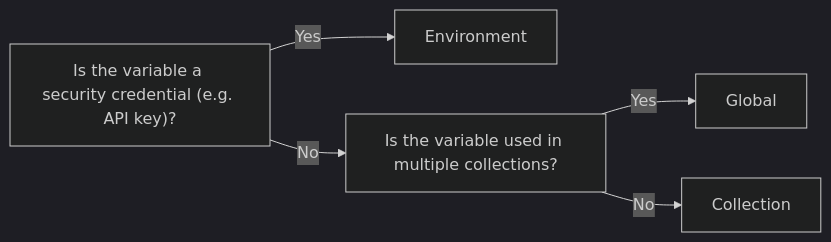
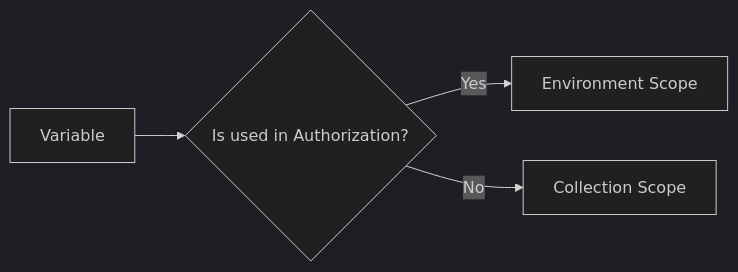
Before and after one commit to taneron/konfig: the third of 4 diagrams in generator/konfig-docs/blog/2023-06-28-how-to-use-postman-to-test-api/2023-06-28-how-to-use-postman-to-test.mdx, drawn with Mermaid (dark theme). The commit also changed other lines of this file and 4 other files, not shown here.

````diff
--- a/generator/konfig-docs/blog/2023-06-28-how-to-use-postman-to-test-api/2023-06-28-how-to-use-postman-to-test.mdx
+++ b/generator/konfig-docs/blog/2023-06-28-how-to-use-postman-to-test-api/2023-06-28-how-to-use-postman-to-test.mdx
@@ -271,7 +302,6 @@
 ```mermaid
 flowchart LR
-    g["Is the variable a security credential (e.g. API key)?"] -->|Yes| Environment
-    g -->|No| r
-    r["Is the variable used in multiple collections?"] -->|Yes| Global
-    r -->|No| o[Collection]
+    Variable --> IA{Is used in Authorization?}
+    IA -->|Yes| E[Environment Scope]
+    IA -->|No| C[Collection Scope]
 ```
````
